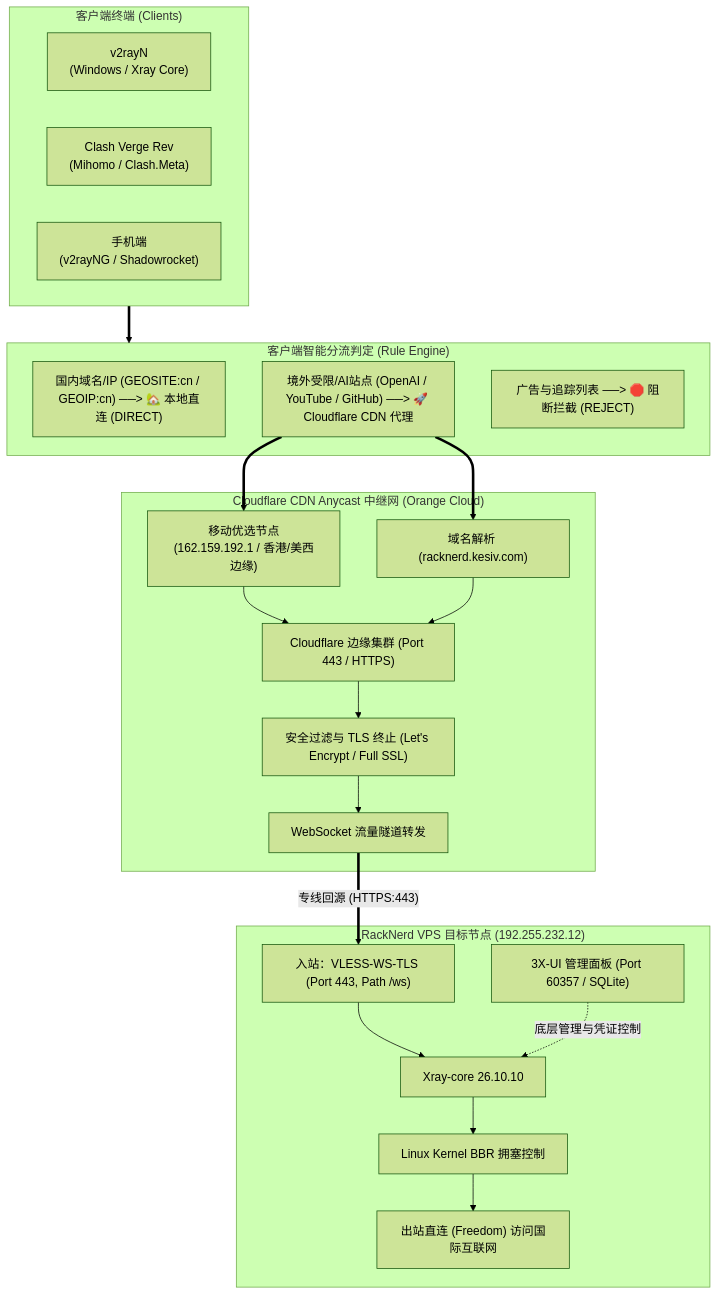
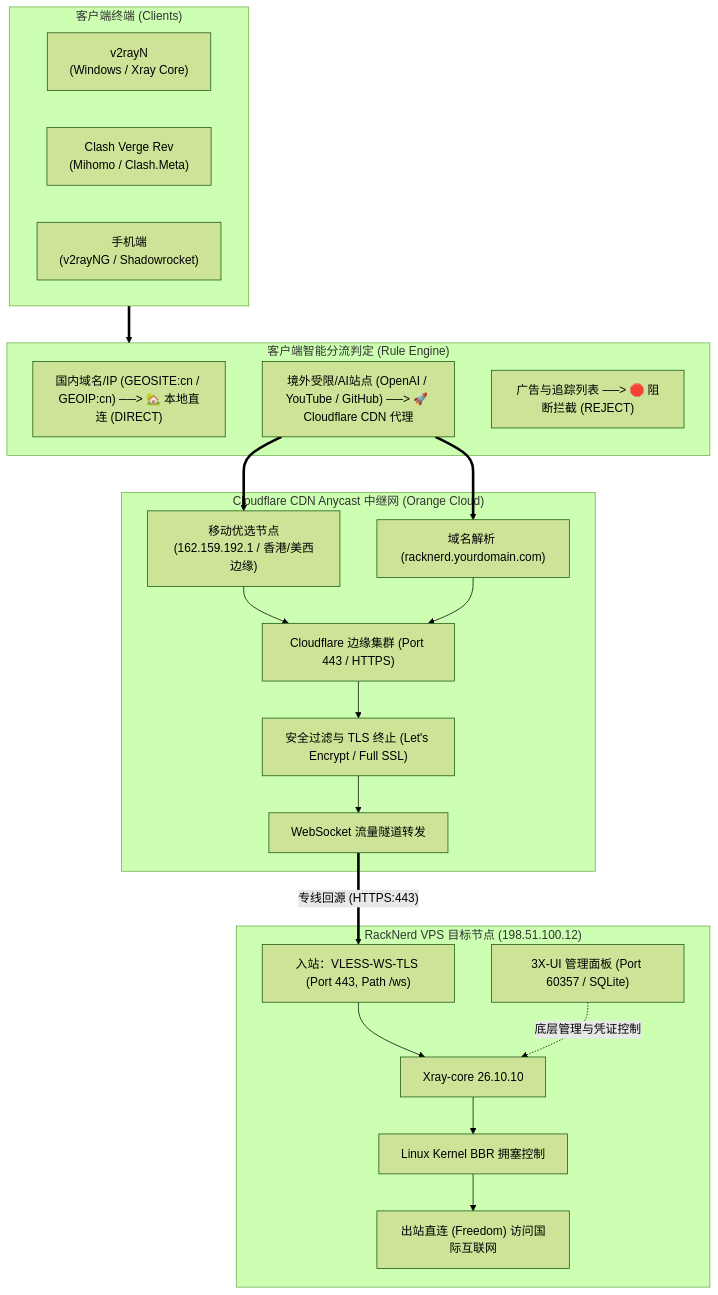
The first of 2 diagrams in docs/source/courses/geek_notes_and_ai_dialogues/stage2_llm_dialogues_and_prompts/23_case_vps_3xui_v2rayn_clash_verge_cloudflare_cdn_and_acl4ssr_routing_guide.md (ponyletter/py310sphinx_knowledge), drawn with Mermaid (forest theme) before and after one commit. The commit also changed other lines of this file and 367 other files, not shown here.

````diff
--- a/docs/source/courses/geek_notes_and_ai_dialogues/stage2_llm_dialogues_and_prompts/23_case_vps_3xui_v2rayn_clash_verge_cloudflare_cdn_and_acl4ssr_routing_guide.md
+++ b/docs/source/courses/geek_notes_and_ai_dialogues/stage2_llm_dialogues_and_prompts/23_case_vps_3xui_v2rayn_clash_verge_cloudflare_cdn_and_acl4ssr_routing_guide.md
@@ -35,37 +35,37 @@
 ```{mermaid}
 flowchart TD
     subgraph ClientLayer["客户端终端 (Clients)"]
         C1["v2rayN<br/>(Windows / Xray Core)"]
         C2["Clash Verge Rev<br/>(Mihomo / Clash.Meta)"]
         C3["手机端<br/>(v2rayNG / Shadowrocket)"]
     end
 
     subgraph CDNLayer["Cloudflare CDN Anycast 中继网 (Orange Cloud)"]
-        CF_DNS["域名解析 (racknerd.kesiv.com)"]
+        CF_DNS["域名解析 (racknerd.yourdomain.com)"]
         CF_BestIP["移动优选节点<br/>(162.159.192.1 / 香港/美西边缘)"]
         CF_Edge["Cloudflare 边缘集群 (Port 443 / HTTPS)"]
         CF_WAF["安全过滤与 TLS 终止 (Let's Encrypt / Full SSL)"]
         CF_WS["WebSocket 流量隧道转发"]
     end
 
-    subgraph VPSLayer["RackNerd VPS 目标节点 (192.255.232.12)"]
+    subgraph VPSLayer["RackNerd VPS 目标节点 (198.51.100.12)"]
         BBR["Linux Kernel BBR 拥塞控制"]
         Xray["Xray-core 26.10.10"]
         XUI["3X-UI 管理面板 (Port 60357 / SQLite)"]
         Inbound443["入站：VLESS-WS-TLS (Port 443, Path /ws)"]
         Outbound["出站直连 (Freedom) 访问国际互联网"]
     end
 
     subgraph SplitRouting["客户端智能分流判定 (Rule Engine)"]
         R_Direct["国内域名/IP (GEOSITE:cn / GEOIP:cn) ──> 🏡 本地直连 (DIRECT)"]
         R_Proxy["境外受限/AI站点 (OpenAI / YouTube / GitHub) ──> 🚀 Cloudflare CDN 代理"]
         R_Block["广告与追踪列表 ──> 🛑 阻断拦截 (REJECT)"]
     end
 
     ClientLayer ==> SplitRouting
     R_Proxy ==> CF_BestIP & CF_DNS
     CF_BestIP & CF_DNS --> CF_Edge --> CF_WAF --> CF_WS
     CF_WS == "专线回源 (HTTPS:443)" ==> Inbound443
     Inbound443 --> Xray --> BBR --> Outbound
     XUI -. "底层管理与凭证控制" .-> Xray
 ```
````
